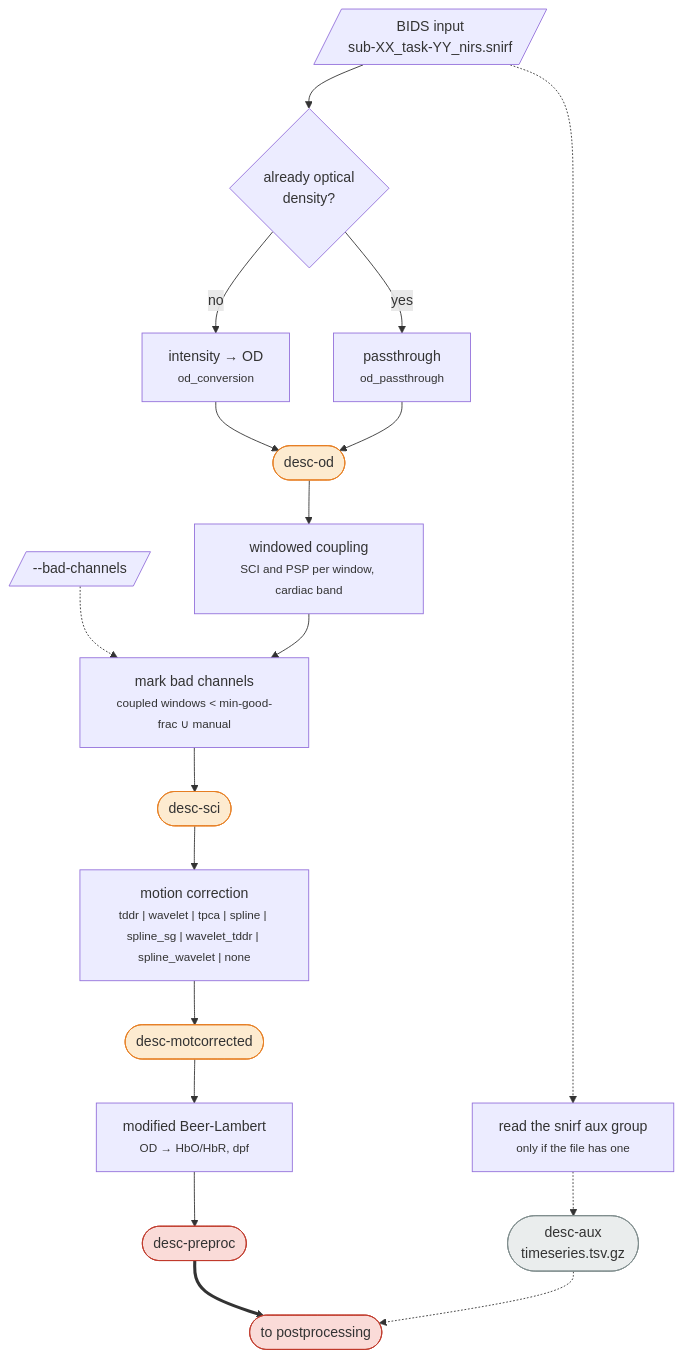
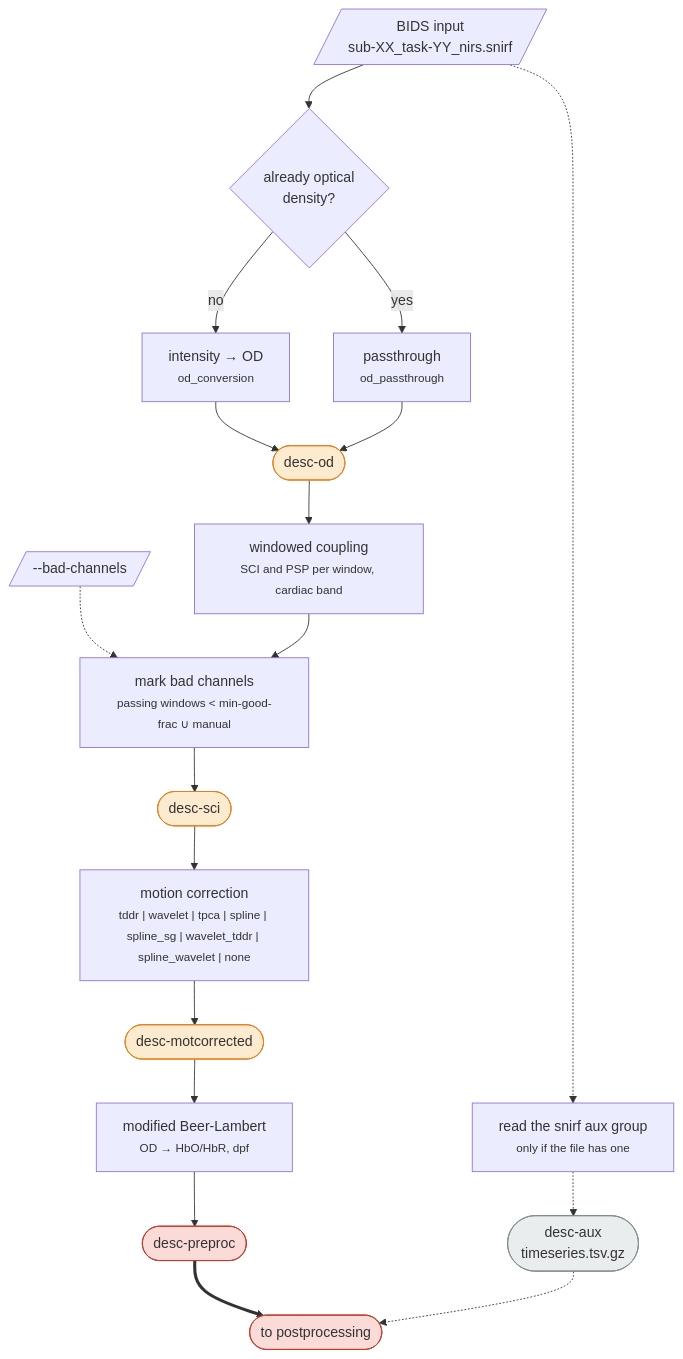
One commit to AU-CONNECT-Lab/NIRSPipe changed the first of 3 diagrams in docs/workflows.md. Above: the diagram before and after it, drawn with Mermaid. The commit also changed other lines of this file and 2 other files, not shown here.

Commit message:
docs: screening counts windows on SCI alone and draws PSP without a line, PSP on QT-NIRS's scale, the cardiac band by population, an unscreenable recording in the raw reports, --phase-null-shared for both nulls, and --dpf age

````diff
--- a/docs/workflows.md
+++ b/docs/workflows.md
@@ -15,35 +15,35 @@
 ```mermaid
 flowchart TD
     IN[/"BIDS input<br/>sub-XX_task-YY_nirs.snirf"/]
 
     IN --> ISOD{"already optical<br/>density?"}
     ISOD -->|no| CONV["intensity → OD<br/><small>od_conversion</small>"]
     ISOD -->|yes| PASS["passthrough<br/><small>od_passthrough</small>"]
 
     CONV --> OD(["desc-od"])
     PASS --> OD
 
     OD --> SCI["windowed coupling<br/><small>SCI and PSP per window, cardiac band</small>"]
     MANUAL[/"--bad-channels"/] -.-> MERGE
-    SCI --> MERGE["mark bad channels<br/><small>coupled windows &lt; min-good-frac ∪ manual</small>"]
+    SCI --> MERGE["mark bad channels<br/><small>passing windows &lt; min-good-frac ∪ manual</small>"]
     MERGE --> SCIF(["desc-sci"])
 
     SCIF --> MOT["motion correction<br/><small>tddr | wavelet | tpca | spline | spline_sg | wavelet_tddr | spline_wavelet | none</small>"]
     MOT --> MOTF(["desc-motcorrected"])
 
     MOTF --> BL["modified Beer-Lambert<br/><small>OD → HbO/HbR, dpf</small>"]
     BL --> PRE(["desc-preproc"])
 
     IN -.-> AUXX["read the snirf aux group<br/><small>only if the file has one</small>"]
     AUXX -.-> AUX(["desc-aux<br/>timeseries.tsv.gz"])
 
     PRE ==> POST(["to postprocessing"])
     AUX -.-> POST
 
     classDef haemo fill:#fadbd8,stroke:#c0392b
     classDef od fill:#fdebd0,stroke:#e67e22
     classDef side fill:#eaeded,stroke:#7f8c8d
     class OD,SCIF,MOTF od
     class PRE,POST haemo
     class AUX side
 ```
````
